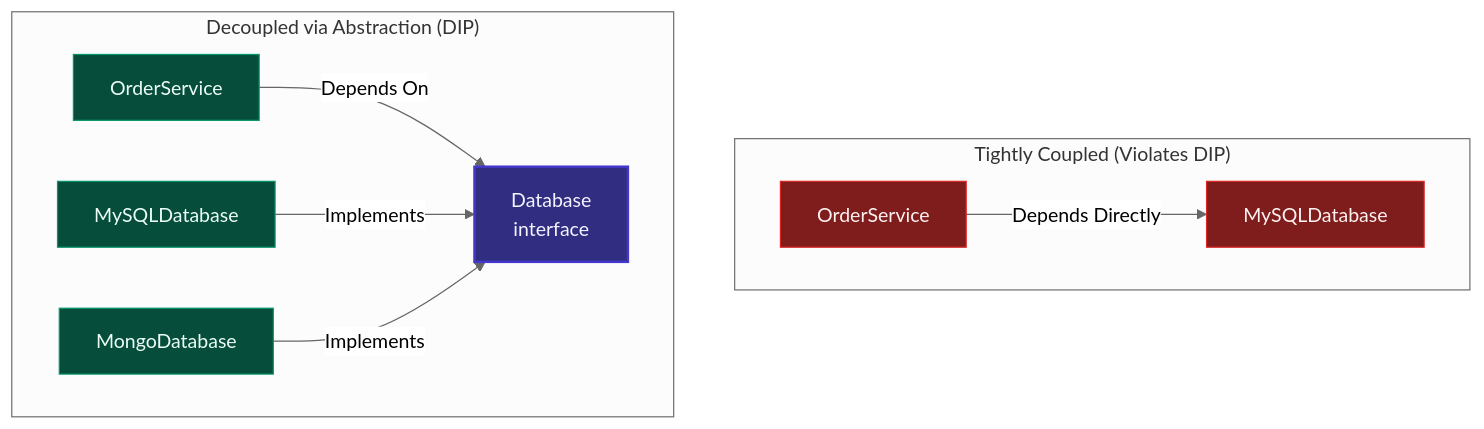
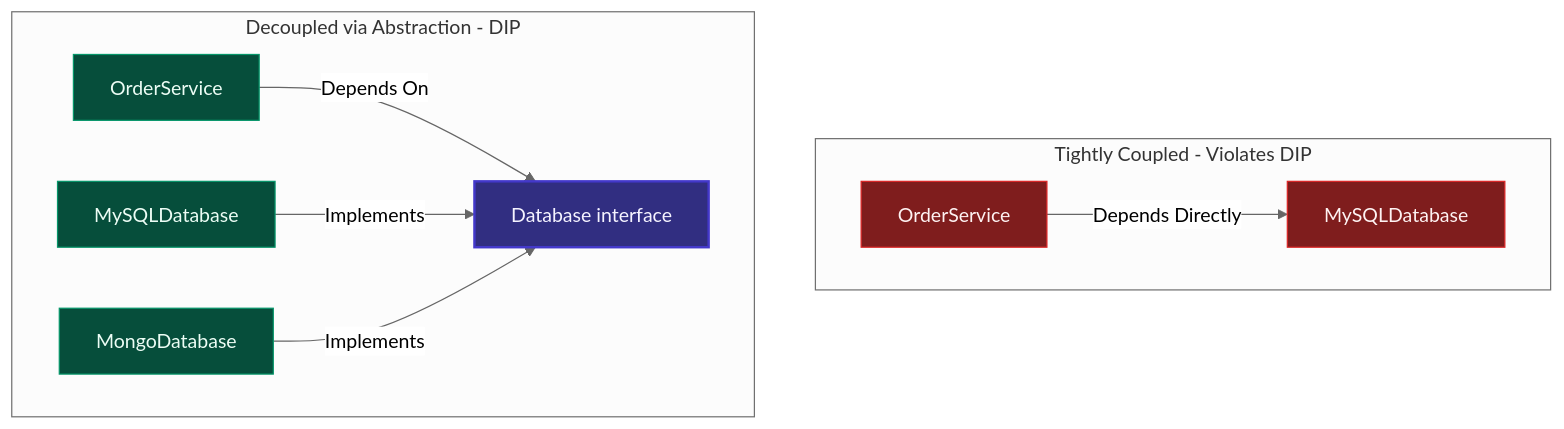
The tenth of 19 diagrams in Java_jdbc_hibernate_SpringBoot/analysis/Java_Analysis.md (SaiTeja301/My_Interview_Preparation), drawn with Mermaid (neutral theme) before and after one commit. The commit also changed other lines of this file, not shown here.

Commit message:
docs(java): audit core chapters and optimize 19 Mermaid diagrams for light/dark theme contrast

````diff
--- a/Java_jdbc_hibernate_SpringBoot/analysis/Java_Analysis.md
+++ b/Java_jdbc_hibernate_SpringBoot/analysis/Java_Analysis.md
@@ -595,20 +1060,20 @@
 ```mermaid
-graph TD
-    subgraph TightCoupling ["Tightly Coupled (Violates DIP)"]
+flowchart TD
+    subgraph TightCoupling ["Tightly Coupled - Violates DIP"]
         OrderServiceBad["OrderService"] -->|Depends Directly| MySQLBad["MySQLDatabase"]
     end
 
-    subgraph Decoupled ["Decoupled via Abstraction (DIP)"]
-        OrderServiceGood["OrderService"] -->|Depends On| DbInterface["Database<br>interface"]
+    subgraph Decoupled ["Decoupled via Abstraction - DIP"]
+        OrderServiceGood["OrderService"] -->|Depends On| DbInterface["Database interface"]
         MySQLGood["MySQLDatabase"] -->|Implements| DbInterface
         MongoGood["MongoDatabase"] -->|Implements| DbInterface
     end
 
     classDef bad fill:#7F1D1D,stroke:#DC2626,color:#FEF2F2,stroke-width:1px;
     classDef good fill:#064E3B,stroke:#059669,color:#ECFDF5,stroke-width:1px;
     classDef strategy fill:#312E81,stroke:#4338CA,color:#F5F3FF,stroke-width:2px;
 
     class OrderServiceBad,MySQLBad bad;
     class OrderServiceGood,MySQLGood,MongoGood good;
     class DbInterface strategy;
 ```
````
